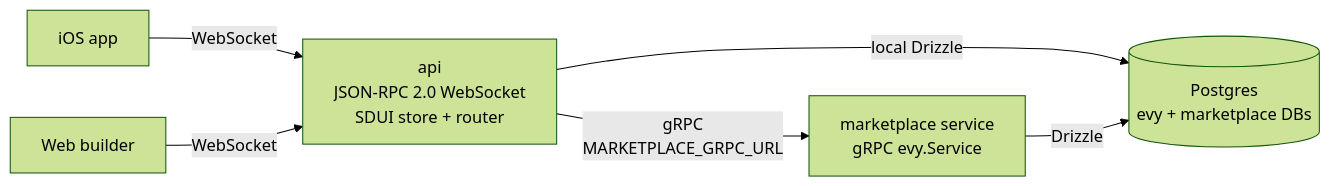
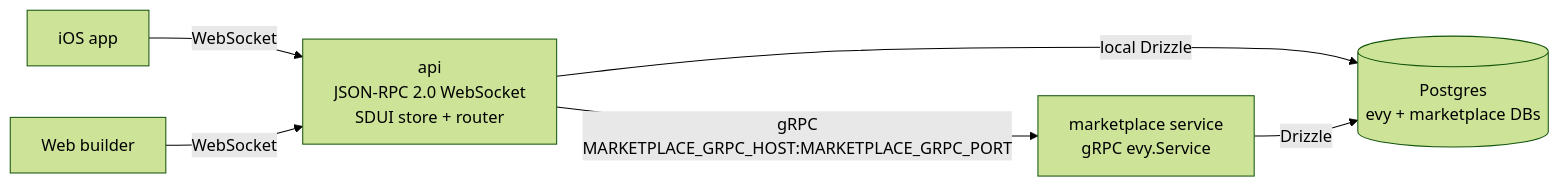
The diagram in README.md (EVY-Platform/evy), drawn with Mermaid (forest theme) before and after one commit. The commit also changed other lines of this file and 13 other files, not shown here.

````diff
--- a/README.md
+++ b/README.md
@@ -9,15 +9,15 @@
 ```mermaid
 flowchart LR
     ios[iOS app]
     web[Web builder]
 
     api[api<br/>JSON-RPC 2.0 WebSocket<br/>SDUI store + router]
     marketplace[marketplace service<br/>gRPC evy.Service]
     pg[(Postgres<br/>evy + marketplace DBs)]
 
     ios -- WebSocket --> api
     web -- WebSocket --> api
     api -- local Drizzle --> pg
-    api -- gRPC<br/>MARKETPLACE_GRPC_URL --> marketplace
+    api -- gRPC<br/>MARKETPLACE_GRPC_HOST:MARKETPLACE_GRPC_PORT --> marketplace
     marketplace -- Drizzle --> pg
 ```
````
